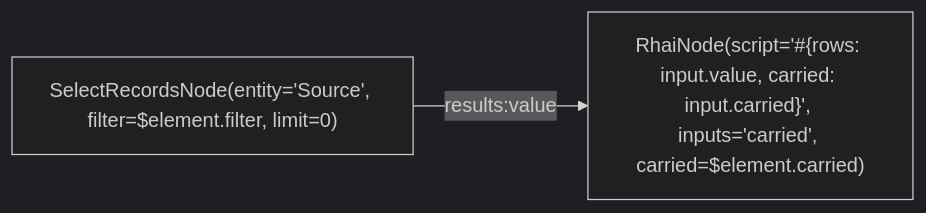
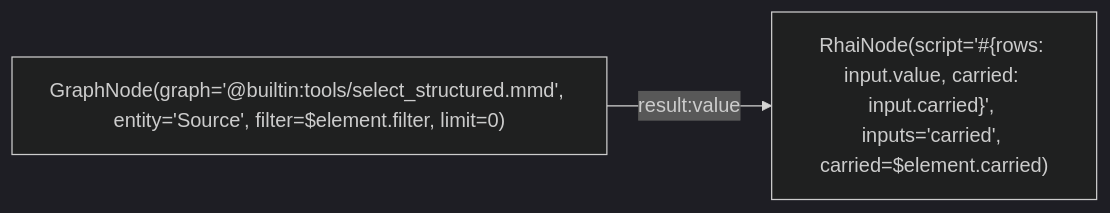
One commit to L-Defraiteur/rag3db changed the diagram in extension/rag3weaver/templates/backends/memory/graphs/rows_source.mmd. Above: the diagram before and after it, drawn with Mermaid (dark theme). The commit also changed 3 other files, not shown here.

Commit message:
fix(memoire): recall_apports rend run, from_turn et to_turn ; les sélections de la chaîne passent par select_structured cité (une valeur JSON, pas des Results)

```diff
--- a/extension/rag3weaver/templates/backends/memory/graphs/rows_source.mmd
+++ b/extension/rag3weaver/templates/backends/memory/graphs/rows_source.mmd
@@ -1,9 +1,9 @@
 %% tool: rows_source
 %% description: The Source rows that match a computed filter, with what the caller carries along (a cited graph receives its arguments by its configuration only, and a ForEachNode's results are a single list: the carried value is how a chain of selections keeps what it has found).
 %% param: element json! -- {filter, carried}.
 %% result: wrap.result
 
 graph LR
-    select["SelectRecordsNode(entity='Source', filter=$element.filter, limit=0)"]
+    select["GraphNode(graph='@builtin:tools/select_structured.mmd', entity='Source', filter=$element.filter, limit=0)"]
     wrap["RhaiNode(script='#{rows: input.value, carried: input.carried}', inputs='carried', carried=$element.carried)"]
-    select -->|results:value| wrap
+    select -->|result:value| wrap
```
